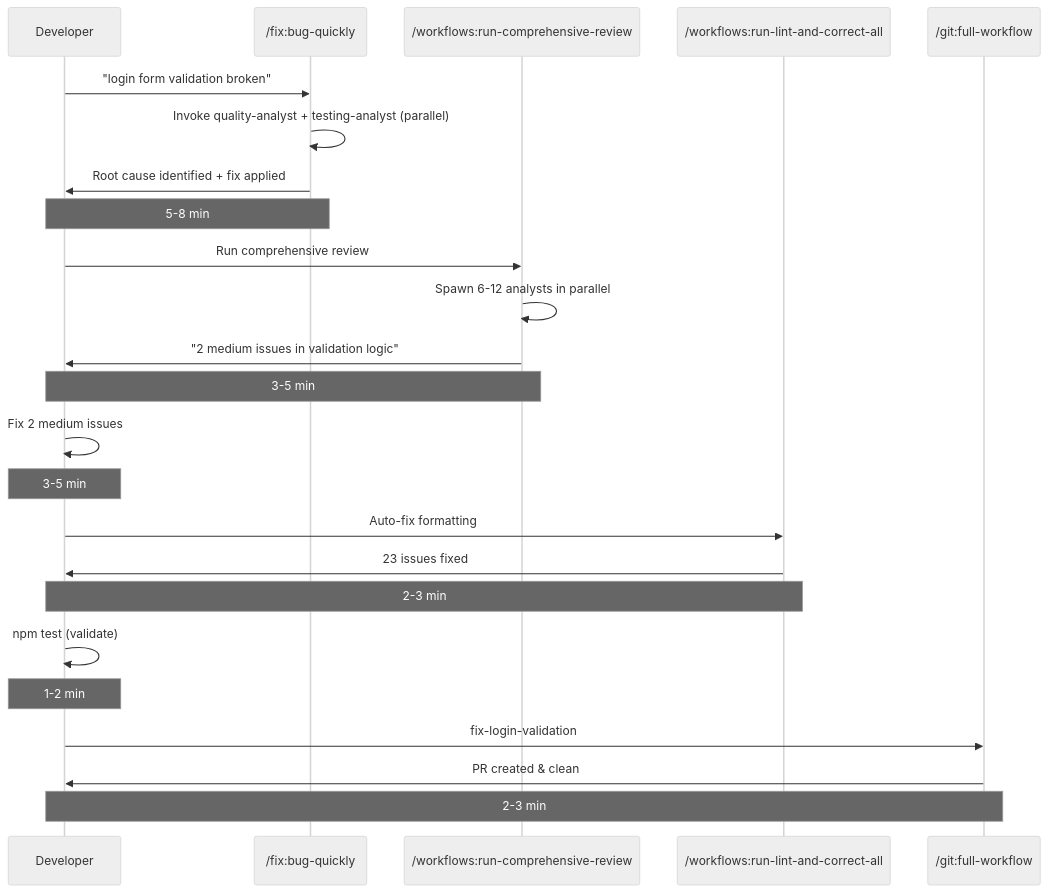
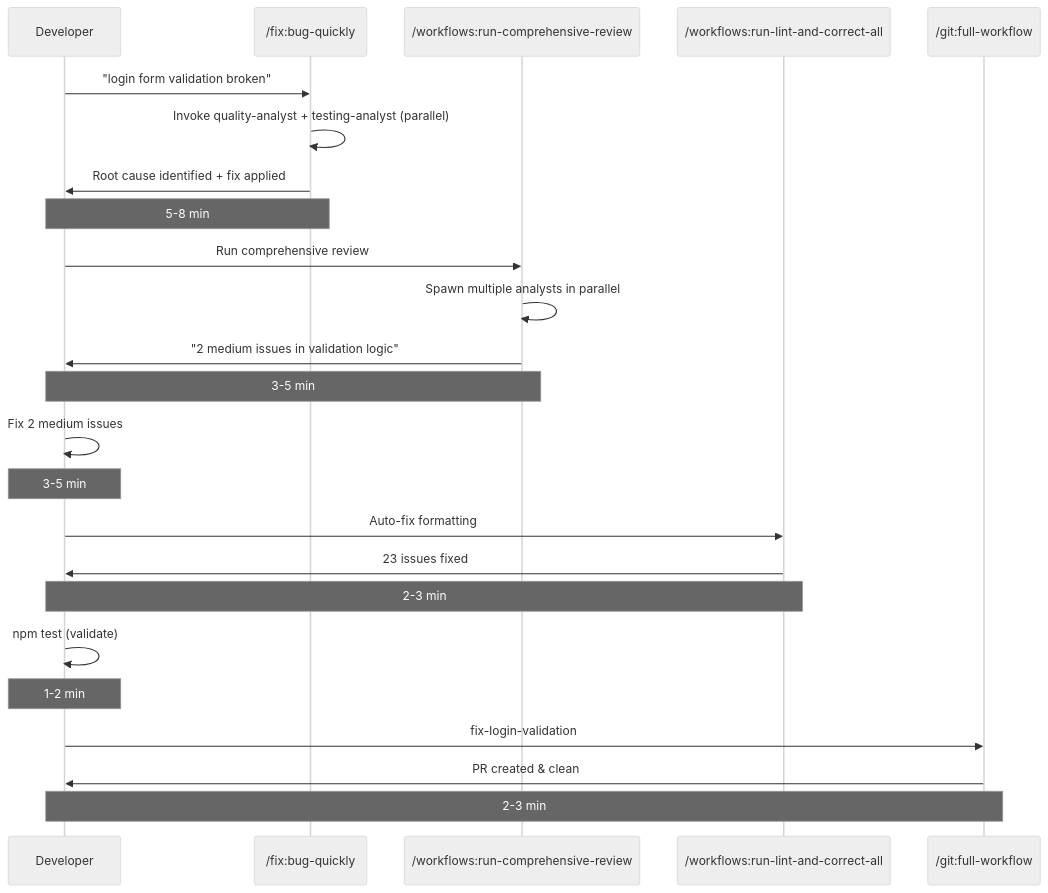
One commit to thomasholknielsen/claude-code-config changed the second of 8 diagrams in docs/typical-workflows.md. Above: the diagram before and after it, drawn with Mermaid (neutral theme). The commit also changed other lines of this file and 8 other files, not shown here.

````diff
--- a/docs/typical-workflows.md
+++ b/docs/typical-workflows.md
@@ -123,32 +123,32 @@
 ```mermaid
 sequenceDiagram
     participant Dev as Developer
     participant Fix as /fix:bug-quickly
     participant Review as /workflows:run-comprehensive-review
     participant Lint as /workflows:run-lint-and-correct-all
     participant Git as /git:full-workflow
 
     Dev->>Fix: "login form validation broken"
     Fix->>Fix: Invoke quality-analyst + testing-analyst (parallel)
     Fix->>Dev: Root cause identified + fix applied
     Note over Dev,Fix: 5-8 min
 
     Dev->>Review: Run comprehensive review
-    Review->>Review: Spawn 6-12 analysts in parallel
+    Review->>Review: Spawn multiple analysts in parallel
     Review->>Dev: "2 medium issues in validation logic"
     Note over Dev,Review: 3-5 min
 
     Dev->>Dev: Fix 2 medium issues
     Note over Dev: 3-5 min
 
     Dev->>Lint: Auto-fix formatting
     Lint->>Dev: 23 issues fixed
     Note over Dev,Lint: 2-3 min
 
     Dev->>Dev: npm test (validate)
     Note over Dev: 1-2 min
 
     Dev->>Git: fix-login-validation
     Git->>Dev: PR created & clean
     Note over Dev,Git: 2-3 min
 ```
````
